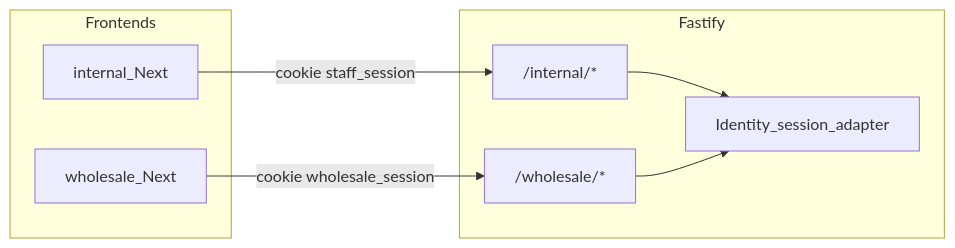
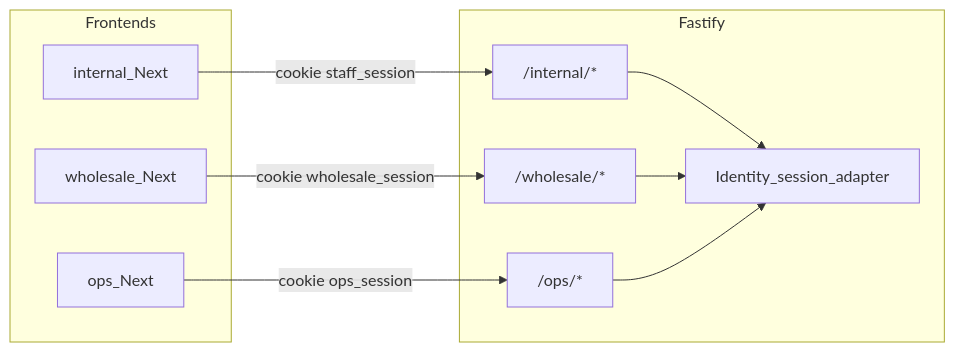
Before and after one commit to adamhinckley/dc-inventory: the diagram in docs/stack.md, drawn with Mermaid. The commit also changed other lines of this file and 8 other files, not shown here.

````diff
--- a/docs/stack.md
+++ b/docs/stack.md
@@ -174,16 +182,20 @@
 ```mermaid
 flowchart LR
   subgraph apps [Frontends]
     InternalUI[internal_Next]
     WholesaleUI[wholesale_Next]
+    OpsUI[ops_Next]
   end
   subgraph api [Fastify]
     InternalRoutes["/internal/*"]
     WholesaleRoutes["/wholesale/*"]
+    OpsRoutes["/ops/*"]
     IdentityAdapter[Identity_session_adapter]
   end
   InternalUI -->|"cookie staff_session"| InternalRoutes
   WholesaleUI -->|"cookie wholesale_session"| WholesaleRoutes
+  OpsUI -->|"cookie ops_session"| OpsRoutes
   InternalRoutes --> IdentityAdapter
   WholesaleRoutes --> IdentityAdapter
+  OpsRoutes --> IdentityAdapter
 ```
````
